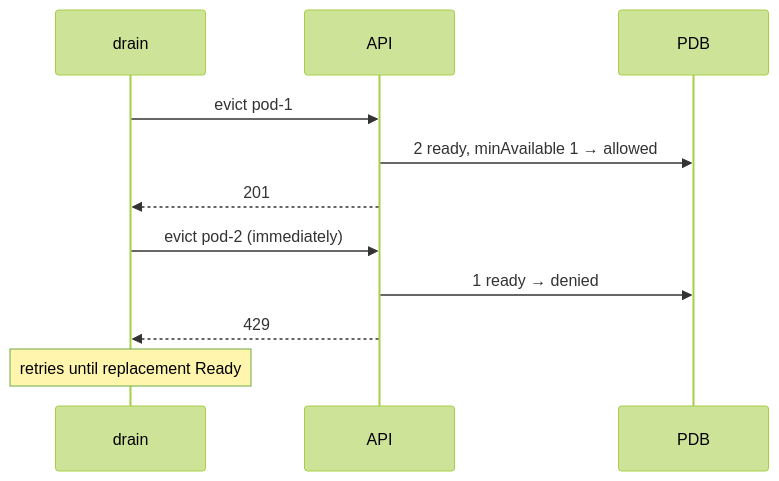
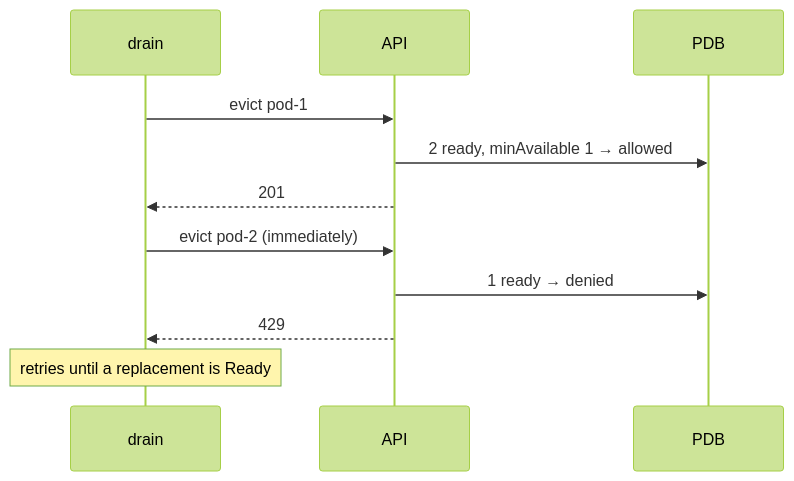
One commit to darshan-raul/apollo11-docs changed the diagram in docs/learn/reliability/disruption-budgets.md. Above: the diagram before and after it, drawn with Mermaid (forest theme). The commit also changed other lines of this file and 55 other files, not shown here.

````diff
--- a/docs/learn/reliability/disruption-budgets.md
+++ b/docs/learn/reliability/disruption-budgets.md
@@ -20,13 +36,13 @@
 ```mermaid
 sequenceDiagram
   participant D as drain
   participant API
   participant PDB
   D->>API: evict pod-1
   API->>PDB: 2 ready, minAvailable 1 → allowed
   API-->>D: 201
   D->>API: evict pod-2 (immediately)
   API->>PDB: 1 ready → denied
   API-->>D: 429
-  Note over D: retries until replacement Ready
+  Note over D: retries until a replacement is Ready
 ```
````
